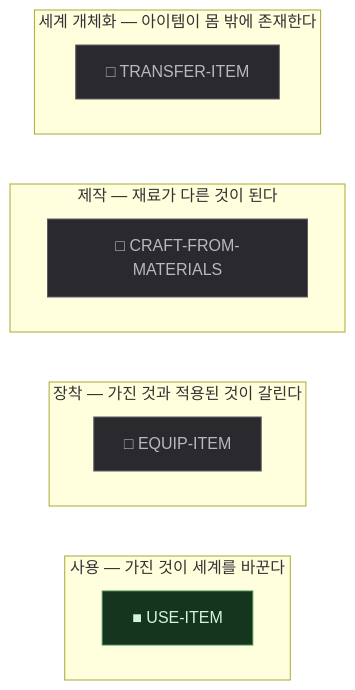
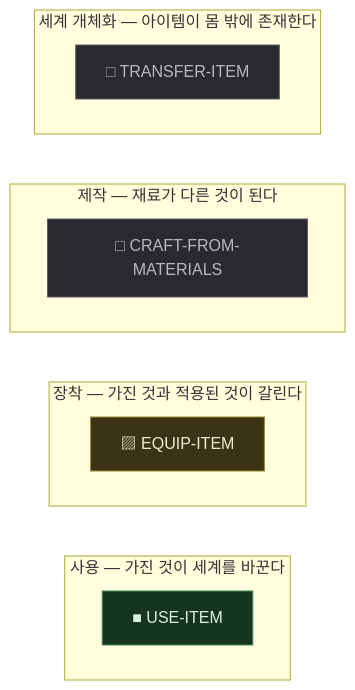
The ninth of 11 diagrams in HktAdvProtoH/content/proto-adventure/master/graph/GRAPH.md (dkwkekzz/HktFramework), drawn with Mermaid before and after one commit. The commit also changed other lines of this file and 7 other files, not shown here.

````diff
--- a/HktAdvProtoH/content/proto-adventure/master/graph/GRAPH.md
+++ b/HktAdvProtoH/content/proto-adventure/master/graph/GRAPH.md
@@ -356,27 +357,28 @@
 ```mermaid
 flowchart TB
   subgraph SEG0 ["세계 개체화 — 아이템이 몸 밖에 존재한다"]
     N0["□ TRANSFER-ITEM"]
   end
   subgraph SEG1 ["제작 — 재료가 다른 것이 된다"]
     N1["□ CRAFT-FROM-MATERIALS"]
   end
   subgraph SEG2 ["장착 — 가진 것과 적용된 것이 갈린다"]
-    N2["□ EQUIP-ITEM"]
+    N2["▨ EQUIP-ITEM"]
   end
   subgraph SEG3 ["사용 — 가진 것이 세계를 바꾼다"]
     N3["■ USE-ITEM"]
   end
   SEG0 ~~~ SEG1
   SEG1 ~~~ SEG2
   SEG2 ~~~ SEG3
 
   classDef impl fill:#16351f,stroke:#3f8a52,color:#d8f2df;
   classDef part fill:#3a3315,stroke:#9a8a2e,color:#f2ecd0;
   classDef miss fill:#2a2a2e,stroke:#5c5c66,color:#b8b8c2;
   classDef implS fill:#16351f,stroke:#3f8a52,color:#d8f2df,stroke-dasharray:5 4;
   classDef partS fill:#3a3315,stroke:#9a8a2e,color:#f2ecd0,stroke-dasharray:5 4;
   classDef missS fill:#2a2a2e,stroke:#5c5c66,color:#b8b8c2,stroke-dasharray:5 4;
   class N3 impl;
-  class N0,N1,N2 miss;
+  class N2 part;
+  class N0,N1 miss;
 ```
````
